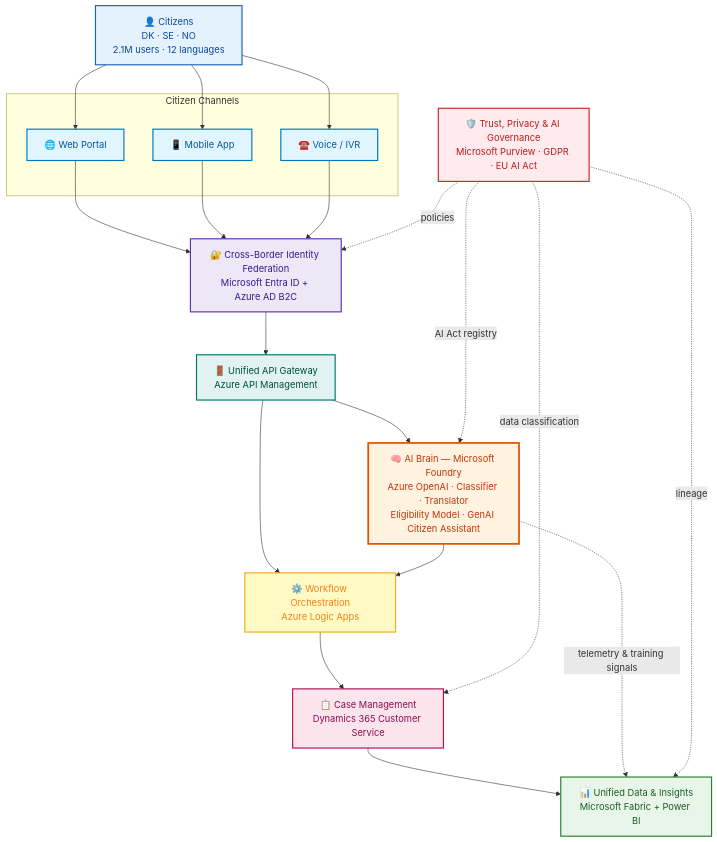
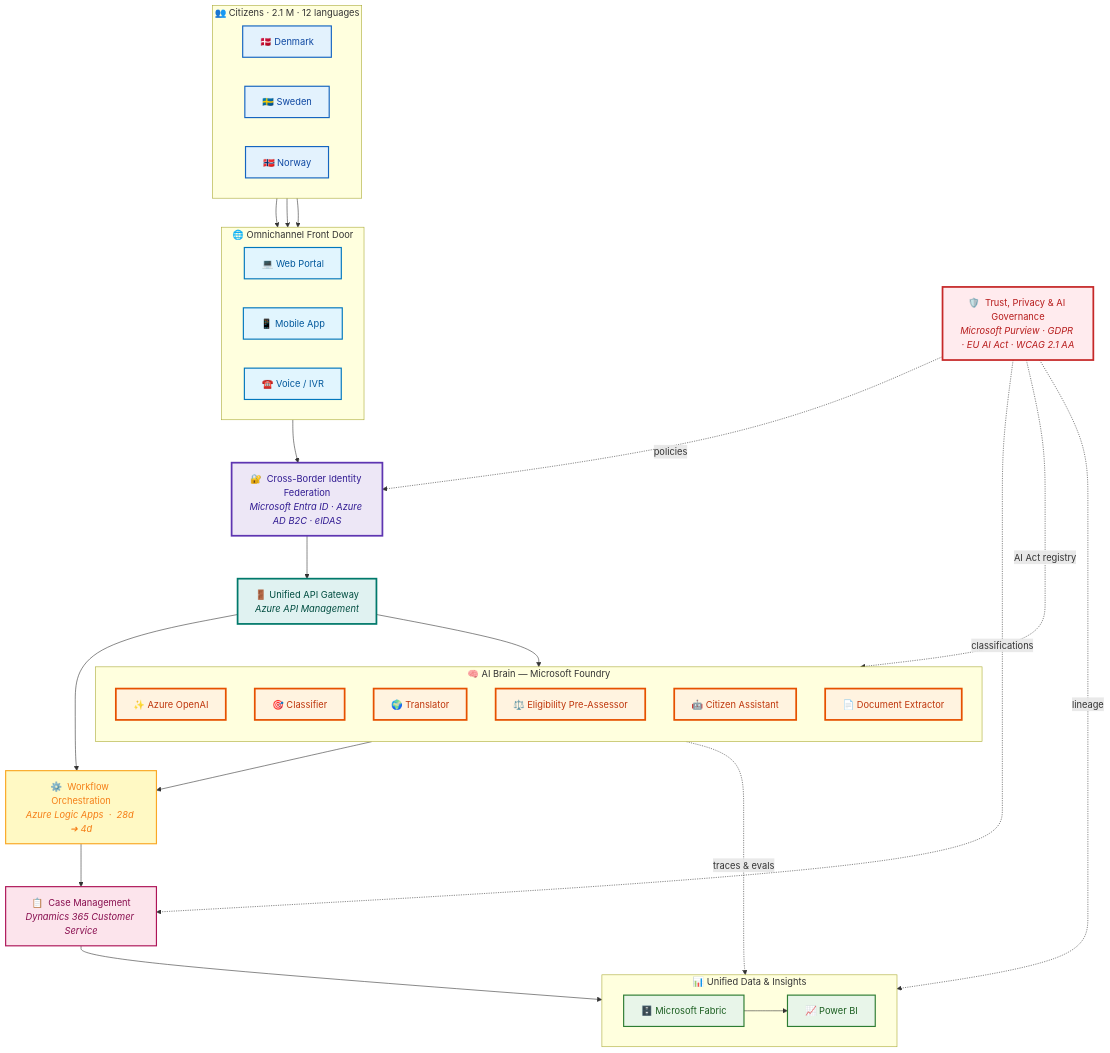
Before and after one commit to fredgis/UDCSP: the second of 2 diagrams in README.md, drawn with Mermaid. The commit also changed other lines of this file and 2 other files, not shown here.

First line of the commit message:
Embellish README, add Multilingual Strategy section, add A15 Synthetic Data agent

````diff
--- a/README.md
+++ b/README.md
@@ -25,63 +59,80 @@
 ```mermaid
 graph TB
-    Citizens["👤 Citizens<br/>DK · SE · NO<br/>2.1M users · 12 languages"]
-
-    subgraph Channels["Citizen Channels"]
-        Web["🌐 Web Portal"]
-        Mobile["📱 Mobile App"]
-        Voice["☎️ Voice / IVR"]
+    subgraph CITIZENS["👥  Citizens · 2.1 M · 12 languages"]
+        direction LR
+        DK["🇩🇰 Denmark"]
+        SE["🇸🇪 Sweden"]
+        NO["🇳🇴 Norway"]
     end
 
-    Identity["🔐 Cross-Border Identity Federation<br/>Microsoft Entra ID + Azure AD B2C"]
+    subgraph CHANNELS["🌐  Omnichannel Front Door"]
+        direction LR
+        WEB["💻 Web Portal"]
+        MOB["📱 Mobile App"]
+        VOICE["☎️ Voice / IVR"]
+    end
 
-    Gateway["🚪 Unified API Gateway<br/>Azure API Management"]
+    IDENTITY["🔐  Cross-Border Identity Federation<br/><i>Microsoft Entra ID · Azure AD B2C · eIDAS</i>"]
 
-    AIBrain["🧠 AI Brain — Microsoft Foundry<br/>Azure OpenAI · Classifier · Translator<br/>Eligibility Model · GenAI Citizen Assistant"]
+    GATEWAY["🚪  Unified API Gateway<br/><i>Azure API Management</i>"]
 
-    Workflow["⚙️ Workflow Orchestration<br/>Azure Logic Apps"]
+    subgraph BRAIN["🧠  AI Brain — Microsoft Foundry"]
+        direction TB
+        AOAI["✨ Azure OpenAI"]
+        FCLASS["🎯 Classifier"]
+        FTRANS["🌍 Translator"]
+        FELIG["⚖️ Eligibility Pre-Assessor"]
+        FASSIST["🤖 Citizen Assistant"]
+        FDOC["📄 Document Extractor"]
+    end
 
-    Cases["📋 Case Management<br/>Dynamics 365 Customer Service"]
+    WORKFLOW["⚙️  Workflow Orchestration<br/><i>Azure Logic Apps  ·  28d ➜ 4d</i>"]
 
-    Data["📊 Unified Data & Insights<br/>Microsoft Fabric + Power BI"]
+    CASES["📋  Case Management<br/><i>Dynamics 365 Customer Service</i>"]
 
-    Governance["🛡️ Trust, Privacy & AI Governance<br/>Microsoft Purview · GDPR · EU AI Act"]
+    subgraph DATA["📊  Unified Data & Insights"]
+        direction LR
+        FABRIC["🗄️ Microsoft Fabric"]
+        PBI["📈 Power BI"]
+    end
 
-    Citizens --> Web
-    Citizens --> Mobile
-    Citizens --> Voice
-    Web --> Identity
-    Mobile --> Identity
-    Voice --> Identity
-    Identity --> Gateway
-    Gateway --> AIBrain
-    Gateway --> Workflow
-    AIBrain --> Workflow
-    Workflow --> Cases
-    Cases --> Data
-    AIBrain -. telemetry & training signals .-> Data
+    GOVERNANCE["🛡️  Trust, Privacy & AI Governance<br/><i>Microsoft Purview · GDPR · EU AI Act · WCAG 2.1 AA</i>"]
 
-    Governance -. policies .-> Identity
-    Governance -. AI Act registry .-> AIBrain
-    Governance -. data classification .-> Cases
-    Governance -. lineage .-> Data
+    DK --> CHANNELS
+    SE --> CHANNELS
+    NO --> CHANNELS
+    CHANNELS --> IDENTITY
+    IDENTITY --> GATEWAY
+    GATEWAY --> BRAIN
+    GATEWAY --> WORKFLOW
+    BRAIN --> WORKFLOW
+    WORKFLOW --> CASES
+    CASES --> FABRIC
+    FABRIC --> PBI
+    BRAIN -. traces & evals .-> FABRIC
+
+    GOVERNANCE -. policies .-> IDENTITY
+    GOVERNANCE -. AI Act registry .-> BRAIN
+    GOVERNANCE -. classifications .-> CASES
+    GOVERNANCE -. lineage .-> FABRIC
 
     classDef citizens fill:#E3F2FD,stroke:#1565C0,stroke-width:2px,color:#0D47A1
     classDef channels fill:#E1F5FE,stroke:#0277BD,stroke-width:2px,color:#01579B
-    classDef identity fill:#EDE7F6,stroke:#5E35B1,stroke-width:2px,color:#311B92
-    classDef gateway fill:#E0F2F1,stroke:#00796B,stroke-width:2px,color:#004D40
+    classDef identity fill:#EDE7F6,stroke:#5E35B1,stroke-width:3px,color:#311B92
+    classDef gateway fill:#E0F2F1,stroke:#00796B,stroke-width:3px,color:#004D40
     classDef ai fill:#FFF3E0,stroke:#E65100,stroke-width:3px,color:#BF360C
     classDef workflow fill:#FFF9C4,stroke:#F9A825,stroke-width:2px,color:#F57F17
     classDef cases fill:#FCE4EC,stroke:#AD1457,stroke-width:2px,color:#880E4F
     classDef data fill:#E8F5E9,stroke:#2E7D32,stroke-width:2px,color:#1B5E20
-    classDef governance fill:#FFEBEE,stroke:#C62828,stroke-width:2px,color:#B71C1C
+    classDef governance fill:#FFEBEE,stroke:#C62828,stroke-width:3px,color:#B71C1C
 
-    class Citizens citizens
-    class Web,Mobile,Voice channels
-    class Identity identity
-    class Gateway gateway
-    class AIBrain ai
-    class Workflow workflow
-    class Cases cases
-    class Data data
-    class Governance governance
+    class DK,SE,NO citizens
+    class WEB,MOB,VOICE channels
+    class IDENTITY identity
+    class GATEWAY gateway
+    class AOAI,FCLASS,FTRANS,FELIG,FASSIST,FDOC ai
+    class WORKFLOW workflow
+    class CASES cases
+    class FABRIC,PBI data
+    class GOVERNANCE governance
 ```
````
